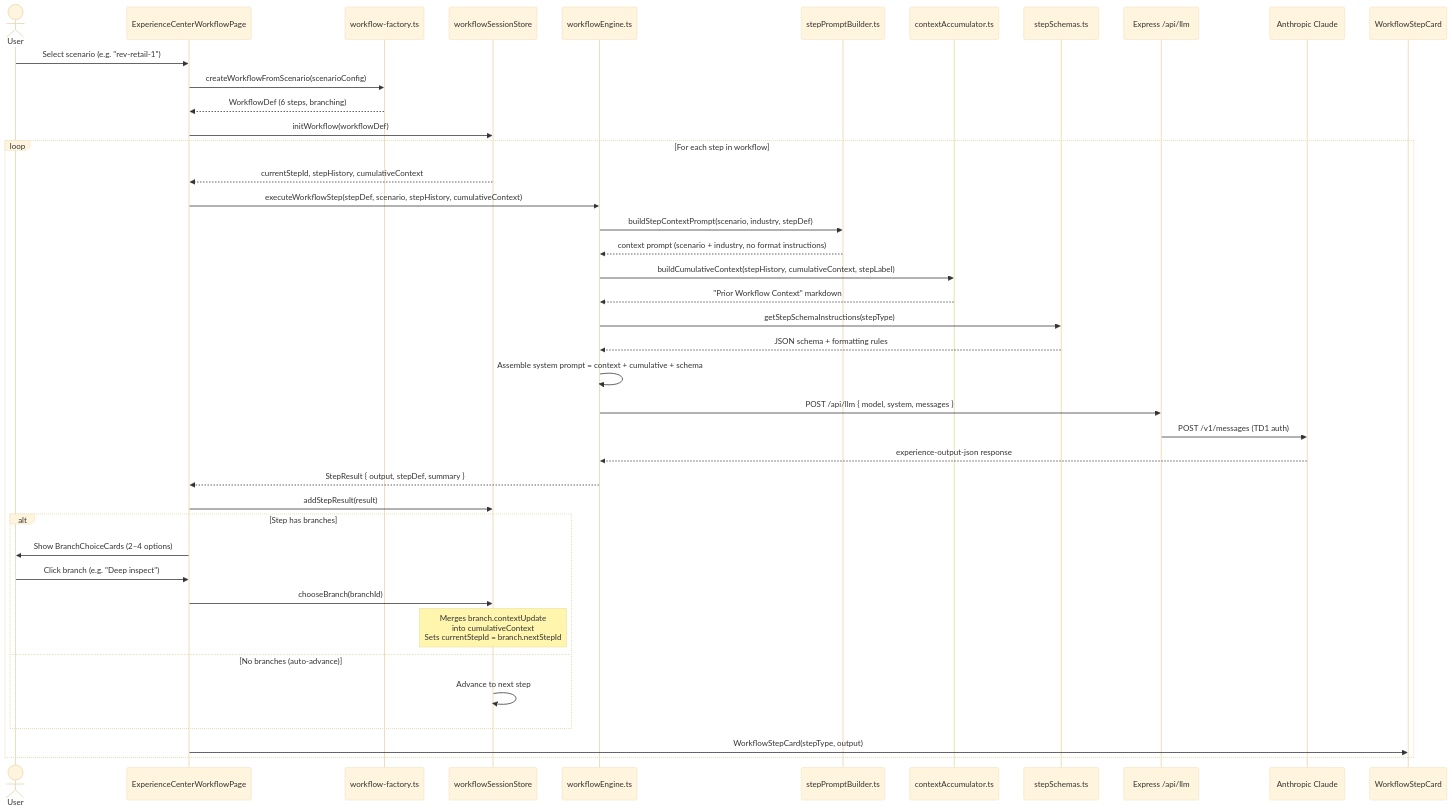
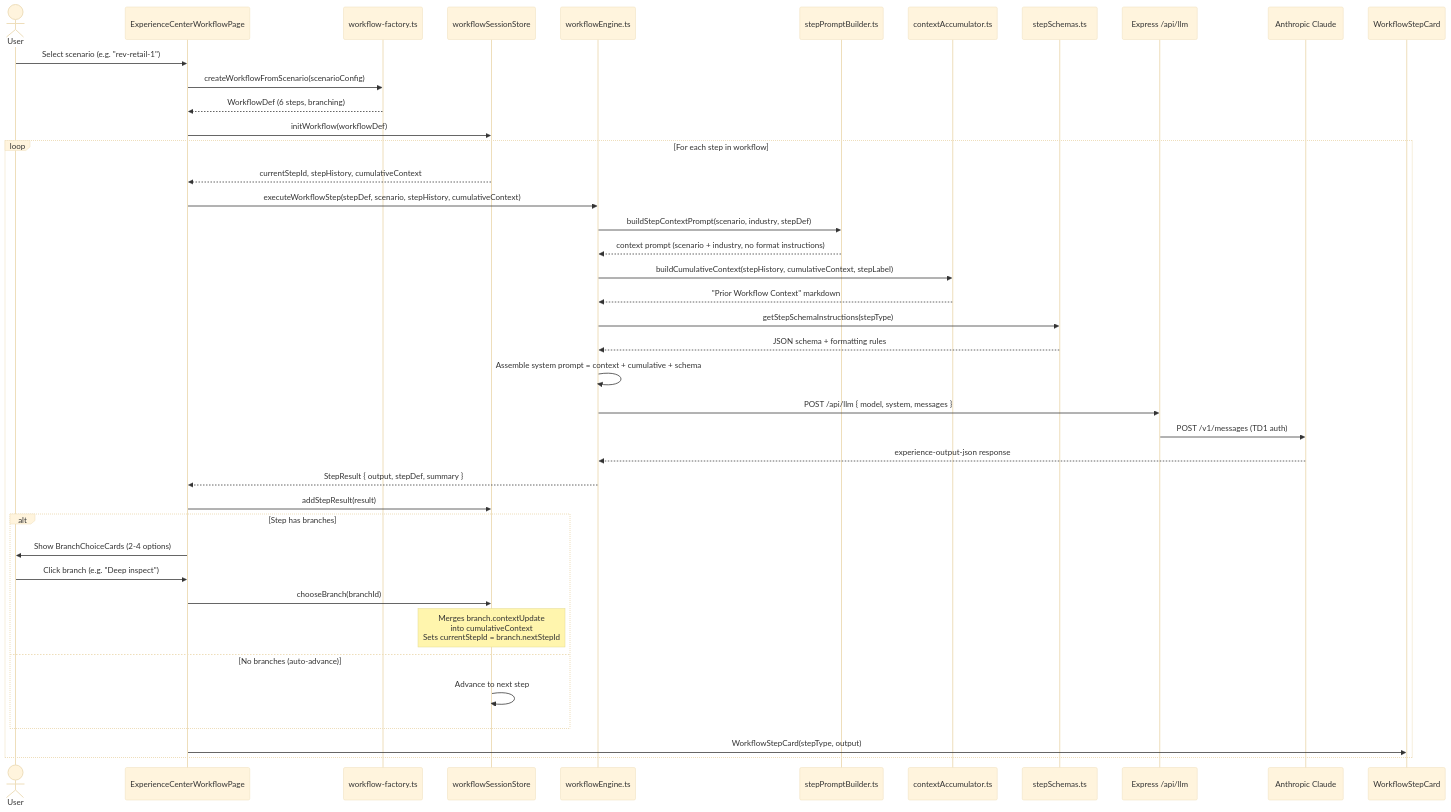
The fourth of 8 diagrams in docs/architecture.md (kristenzhoutd/experience-center), drawn with Mermaid (base theme) before and after one commit. The commit also changed other lines of this file and 3 other files, not shown here.

````diff
--- a/docs/architecture.md
+++ b/docs/architecture.md
@@ -307,52 +307,52 @@
 ```mermaid
 sequenceDiagram
     actor User
     participant WFPage as ExperienceCenterWorkflowPage
     participant Factory as workflow-factory.ts
     participant WFStore as workflowSessionStore
     participant Engine as workflowEngine.ts
     participant PromptBld as stepPromptBuilder.ts
     participant CtxAccum as contextAccumulator.ts
     participant Schemas as stepSchemas.ts
     participant Proxy as Express /api/llm
     participant Claude as Anthropic Claude
     participant Cards as WorkflowStepCard
 
     User->>WFPage: Select scenario (e.g. "rev-retail-1")
     WFPage->>Factory: createWorkflowFromScenario(scenarioConfig)
     Factory-->>WFPage: WorkflowDef (6 steps, branching)
     WFPage->>WFStore: initWorkflow(workflowDef)
 
     loop For each step in workflow
         WFStore-->>WFPage: currentStepId, stepHistory, cumulativeContext
         WFPage->>Engine: executeWorkflowStep(stepDef, scenario, stepHistory, cumulativeContext)
 
         Engine->>PromptBld: buildStepContextPrompt(scenario, industry, stepDef)
         PromptBld-->>Engine: context prompt (scenario + industry, no format instructions)
 
         Engine->>CtxAccum: buildCumulativeContext(stepHistory, cumulativeContext, stepLabel)
         CtxAccum-->>Engine: "Prior Workflow Context" markdown
 
         Engine->>Schemas: getStepSchemaInstructions(stepType)
         Schemas-->>Engine: JSON schema + formatting rules
 
         Engine->>Engine: Assemble system prompt = context + cumulative + schema
         Engine->>Proxy: POST /api/llm { model, system, messages }
         Proxy->>Claude: POST /v1/messages (TD1 auth)
         Claude-->>Engine: experience-output-json response
 
         Engine-->>WFPage: StepResult { output, stepDef, summary }
         WFPage->>WFStore: addStepResult(result)
 
         alt Step has branches
-            WFPage->>User: Show BranchChoiceCards (2–4 options)
+            WFPage->>User: Show BranchChoiceCards (2-4 options)
             User->>WFPage: Click branch (e.g. "Deep inspect")
             WFPage->>WFStore: chooseBranch(branchId)
             Note over WFStore: Merges branch.contextUpdate<br/>into cumulativeContext<br/>Sets currentStepId = branch.nextStepId
         else No branches (auto-advance)
             WFStore->>WFStore: Advance to next step
         end
 
         WFPage->>Cards: WorkflowStepCard(stepType, output)
     end
 ```
````
